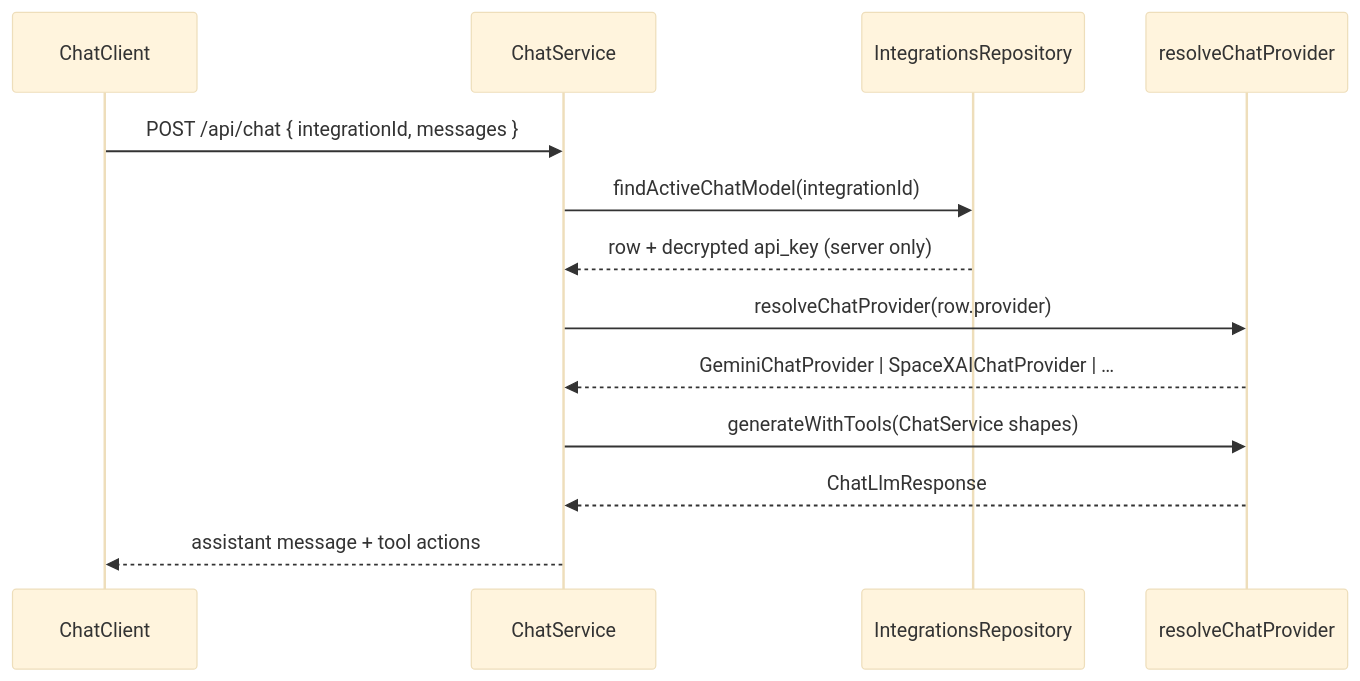
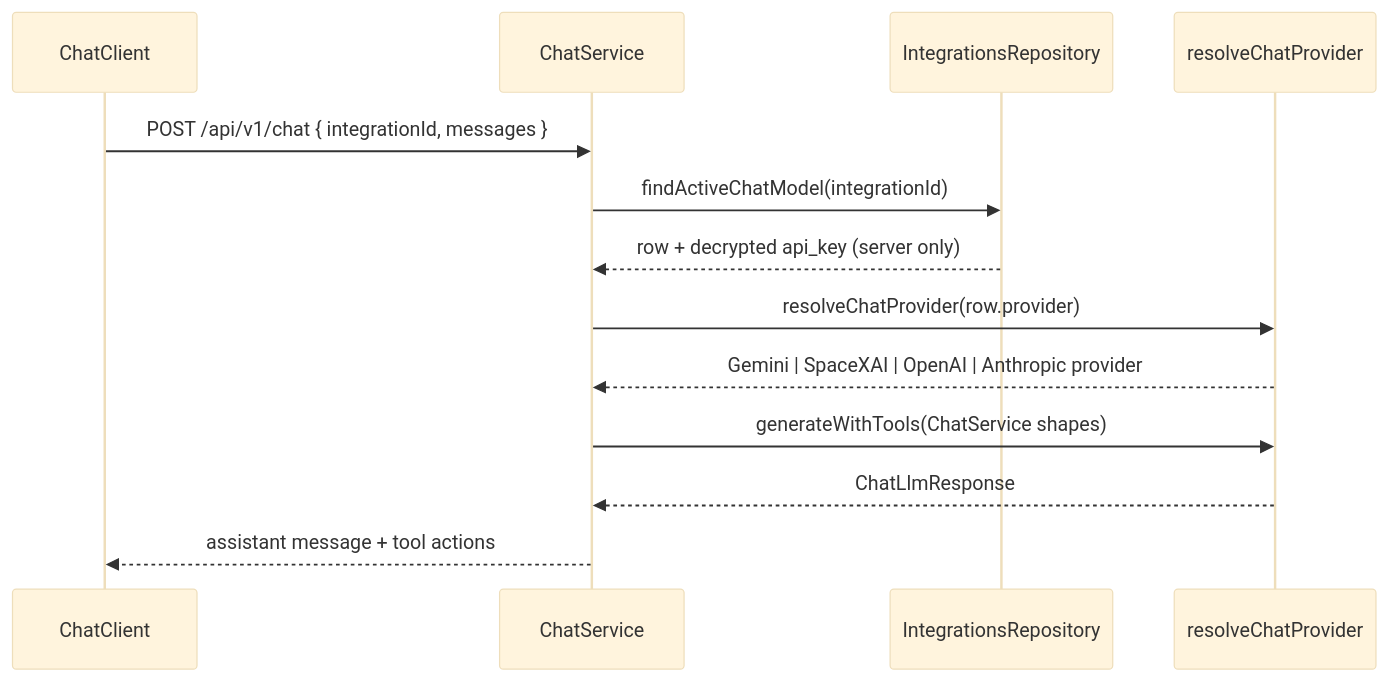
One commit to lizardkingLK/alice changed the second of 2 diagrams in docs/features/integrations/SETTINGS_INTEGRATIONS.md. Above: the diagram before and after it, drawn with Mermaid (base theme). The commit also changed other lines of this file and 12 other files, not shown here.

Commit message:
docs: update AI chatbot and provider integration documentation

````diff
--- a/docs/features/integrations/SETTINGS_INTEGRATIONS.md
+++ b/docs/features/integrations/SETTINGS_INTEGRATIONS.md
@@ -329,16 +371,16 @@
 ```mermaid
 sequenceDiagram
   participant UI as ChatClient
   participant API as ChatService
   participant Repo as IntegrationsRepository
   participant Strat as resolveChatProvider
 
-  UI->>API: POST /api/chat { integrationId, messages }
+  UI->>API: POST /api/v1/chat { integrationId, messages }
   API->>Repo: findActiveChatModel(integrationId)
   Repo-->>API: row + decrypted api_key (server only)
   API->>Strat: resolveChatProvider(row.provider)
-  Strat-->>API: GeminiChatProvider | SpaceXAIChatProvider | …
+  Strat-->>API: Gemini | SpaceXAI | OpenAI | Anthropic provider
   API->>Strat: generateWithTools(ChatService shapes)
   Strat-->>API: ChatLlmResponse
   API-->>UI: assistant message + tool actions
 ```
````
